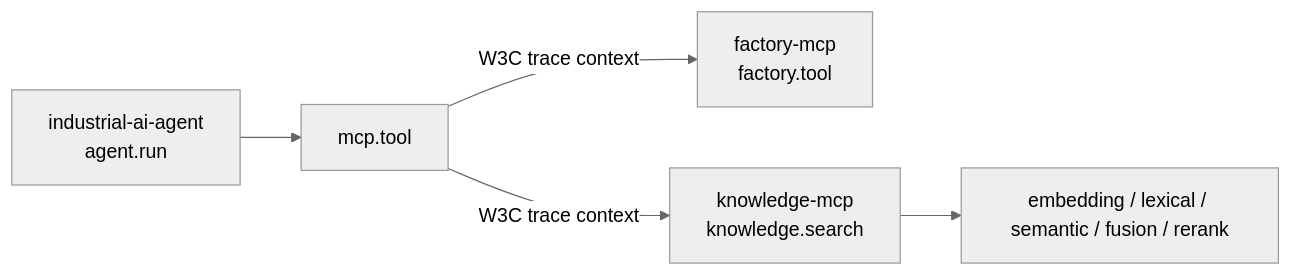
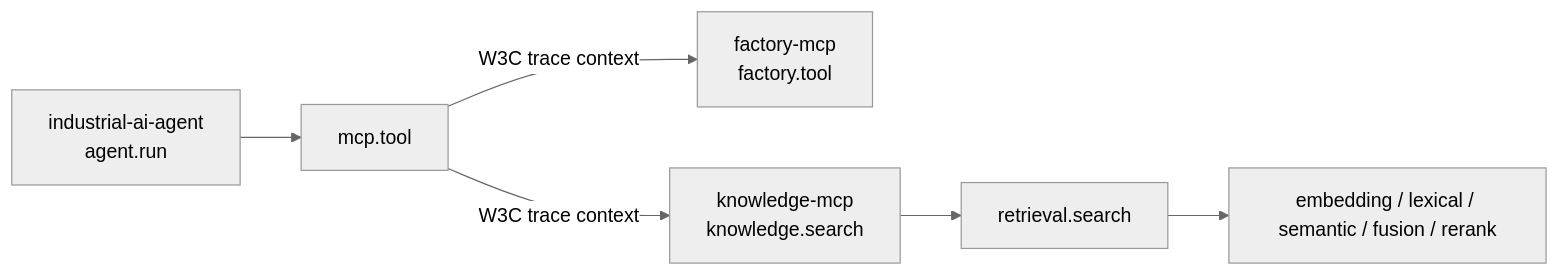
The tenth of 16 diagrams in docs/architecture/overview.md (aboerzel/industrial-ai-agent), drawn with Mermaid (neutral theme) before and after one commit. The commit also changed other lines of this file and 8 other files, not shown here.

````diff
--- a/docs/architecture/overview.md
+++ b/docs/architecture/overview.md
@@ -497,7 +498,8 @@
 ```mermaid
 flowchart LR
     API["industrial-ai-agent\nagent.run"] --> Tool["mcp.tool"]
     Tool -->|"W3C trace context"| Factory["factory-mcp\nfactory.tool"]
     Tool -->|"W3C trace context"| Search["knowledge-mcp\nknowledge.search"]
-    Search --> Retrieval["embedding / lexical / semantic / fusion / rerank"]
+    Search --> Retrieval["retrieval.search"]
+    Retrieval --> Stages["embedding / lexical / semantic / fusion / rerank"]
 ```
````
